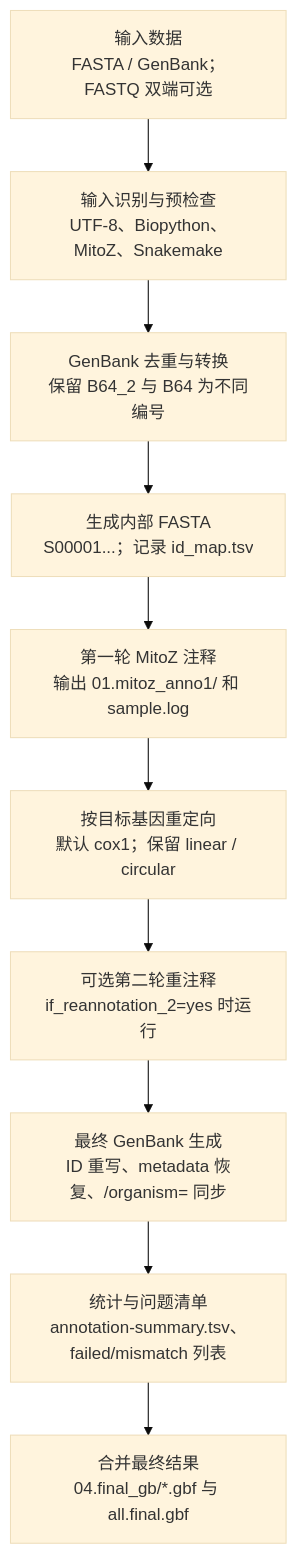
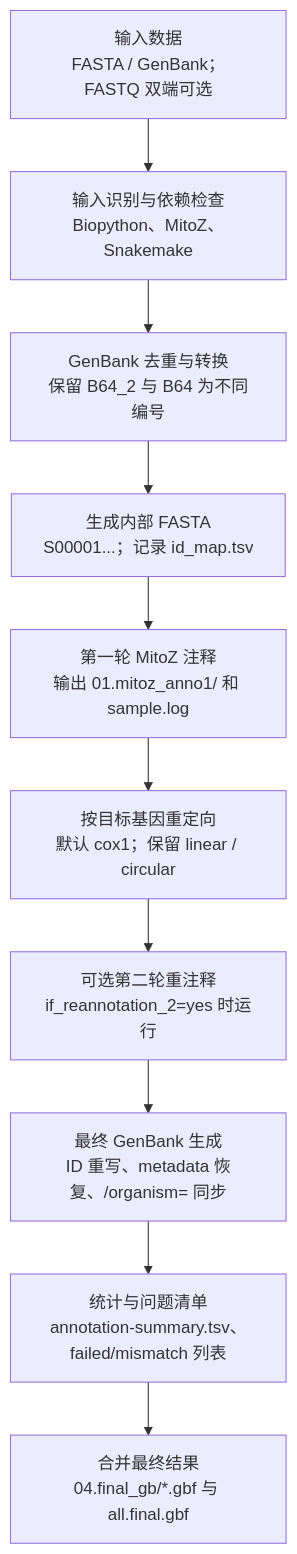
One commit to deyuanyang92-dev/Temp_scripts changed the first of 2 diagrams in Mitoz-annotate/README.md. Above: the diagram before and after it, drawn with Mermaid. The commit also changed other lines of this file and 5 other files, not shown here.

````diff
--- a/Mitoz-annotate/README.md
+++ b/Mitoz-annotate/README.md
@@ -681,15 +635,14 @@
 ```mermaid
-%%{init: {"theme": "base", "flowchart": {"htmlLabels": true}, "themeVariables": {"fontFamily": "Noto Sans CJK SC, Source Han Sans SC, Microsoft YaHei, SimHei, WenQuanYi Micro Hei, PingFang SC, Arial, sans-serif"}}}%%
 flowchart TD
     A["输入数据<br/>FASTA / GenBank；FASTQ 双端可选"]
-    B["输入识别与预检查<br/>UTF-8、Biopython、MitoZ、Snakemake"]
+    B["输入识别与依赖检查<br/>Biopython、MitoZ、Snakemake"]
     C["GenBank 去重与转换<br/>保留 B64_2 与 B64 为不同编号"]
     D["生成内部 FASTA<br/>S00001...；记录 id_map.tsv"]
     E["第一轮 MitoZ 注释<br/>输出 01.mitoz_anno1/ 和 sample.log"]
     F["按目标基因重定向<br/>默认 cox1；保留 linear / circular"]
     G["可选第二轮重注释<br/>if_reannotation_2=yes 时运行"]
     H["最终 GenBank 生成<br/>ID 重写、metadata 恢复、/organism= 同步"]
     I["统计与问题清单<br/>annotation-summary.tsv、failed/mismatch 列表"]
     J["合并最终结果<br/>04.final_gb/*.gbf 与 all.final.gbf"]
     A --> B --> C --> D --> E --> F --> G --> H --> I --> J
 ```
````
